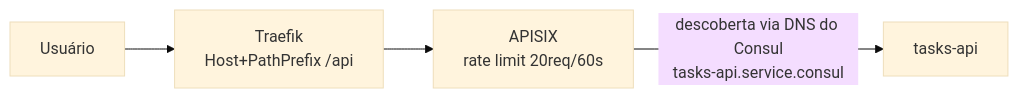
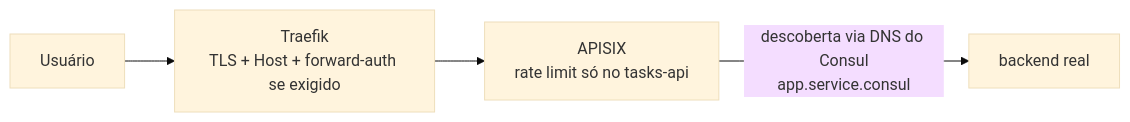
The second of 3 diagrams in content/00-arquitetura.md (W4lff/lab-docs), drawn with Mermaid (base theme) before and after one commit. The commit also changed other lines of this file and 3 other files, not shown here.

````diff
--- a/content/00-arquitetura.md
+++ b/content/00-arquitetura.md
@@ -69,6 +71,6 @@
 ```mermaid
 flowchart LR
-    U[Usuário] --> T[Traefik<br/>Host+PathPrefix /api]
-    T --> A[APISIX<br/>rate limit 20req/60s]
-    A -->|descoberta via DNS do Consul<br/>tasks-api.service.consul| API[tasks-api]
+    U[Usuário] --> T[Traefik<br/>TLS + Host + forward-auth se exigido]
+    T --> A[APISIX<br/>rate limit só no tasks-api]
+    A -->|descoberta via DNS do Consul<br/>app.service.consul| API[backend real]
 ```
````
